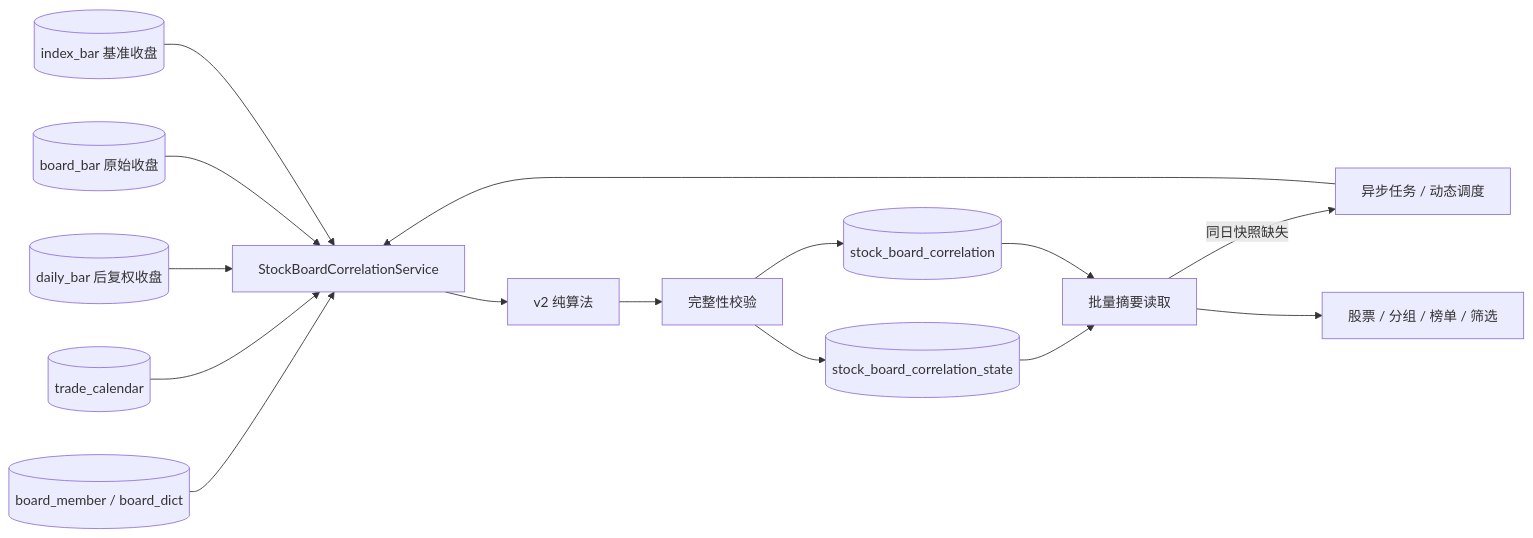
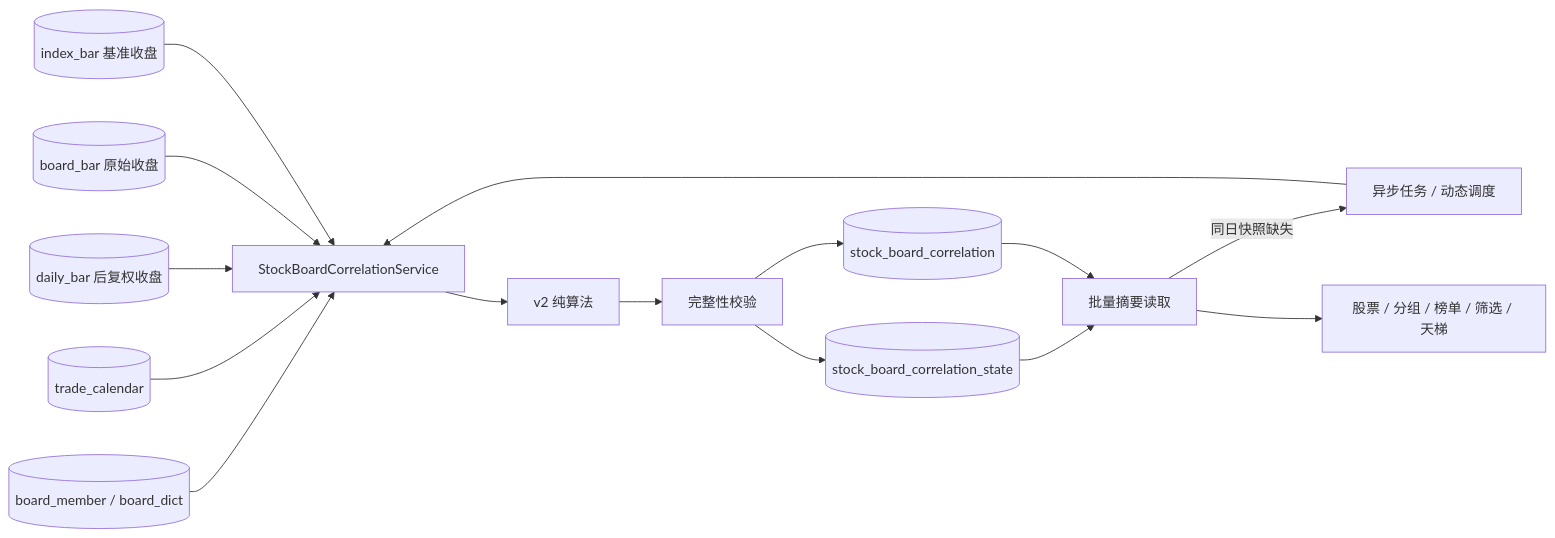
Before and after one commit to fulin-peng-ydxs/ai-stocks: the diagram in agent-works/architecture/stock-board-correlation.md, drawn with Mermaid. The commit also changed other lines of this file and 23 other files, not shown here.

````diff
--- a/agent-works/architecture/stock-board-correlation.md
+++ b/agent-works/architecture/stock-board-correlation.md
@@ -40,17 +40,17 @@
 ```mermaid
 flowchart LR
   BM[(board_member / board_dict)] --> SVC[StockBoardCorrelationService]
   CAL[(trade_calendar)] --> SVC
   STOCK[(daily_bar 后复权收盘)] --> SVC
   BOARD[(board_bar 原始收盘)] --> SVC
   INDEX[(index_bar 基准收盘)] --> SVC
   TASK[异步任务 / 动态调度] --> SVC
   SVC --> ALG[v2 纯算法]
   ALG --> CHECK[完整性校验]
   CHECK --> STATE[(stock_board_correlation_state)]
   CHECK --> WINNER[(stock_board_correlation)]
   STATE --> READ[批量摘要读取]
   WINNER --> READ
   READ -->|同日快照缺失| TASK
-  READ --> PAGES[股票 / 分组 / 榜单 / 筛选]
+  READ --> PAGES[股票 / 分组 / 榜单 / 筛选 / 天梯]
 ```
````
